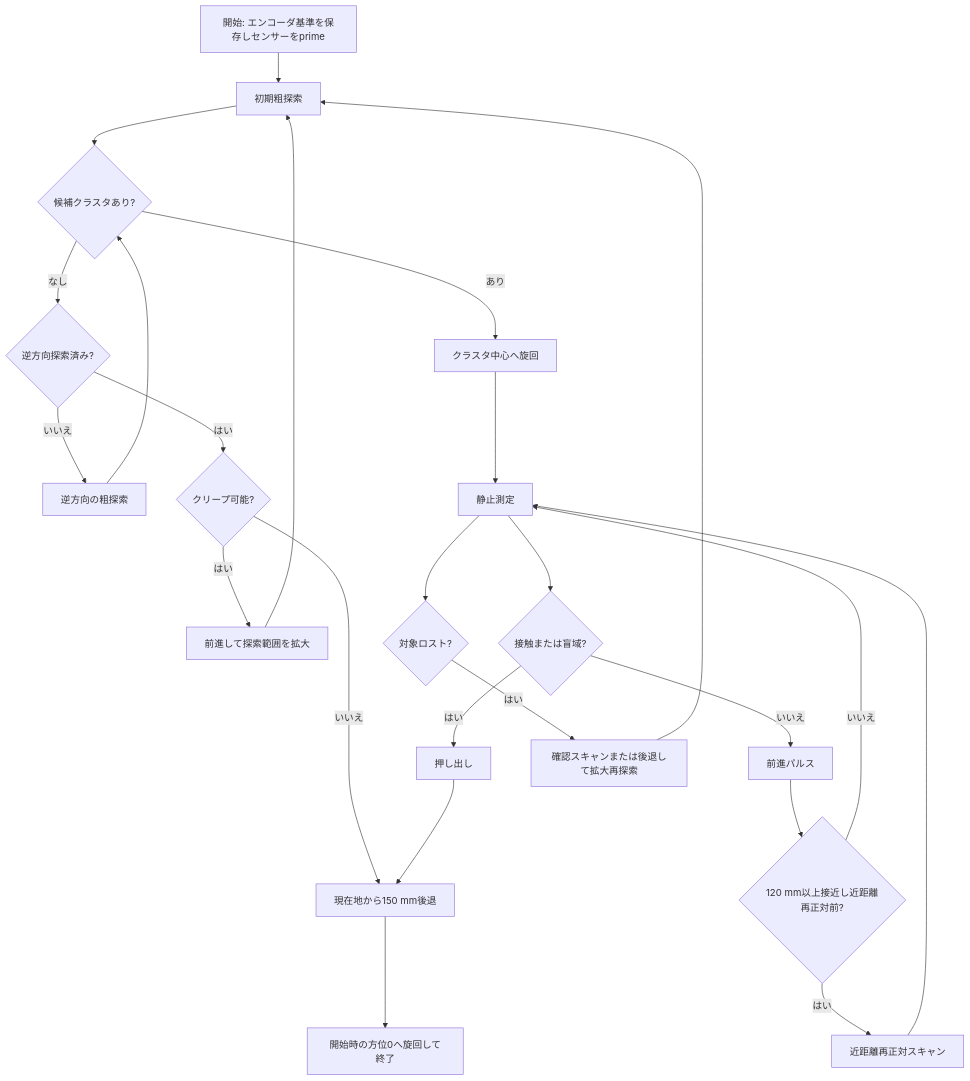
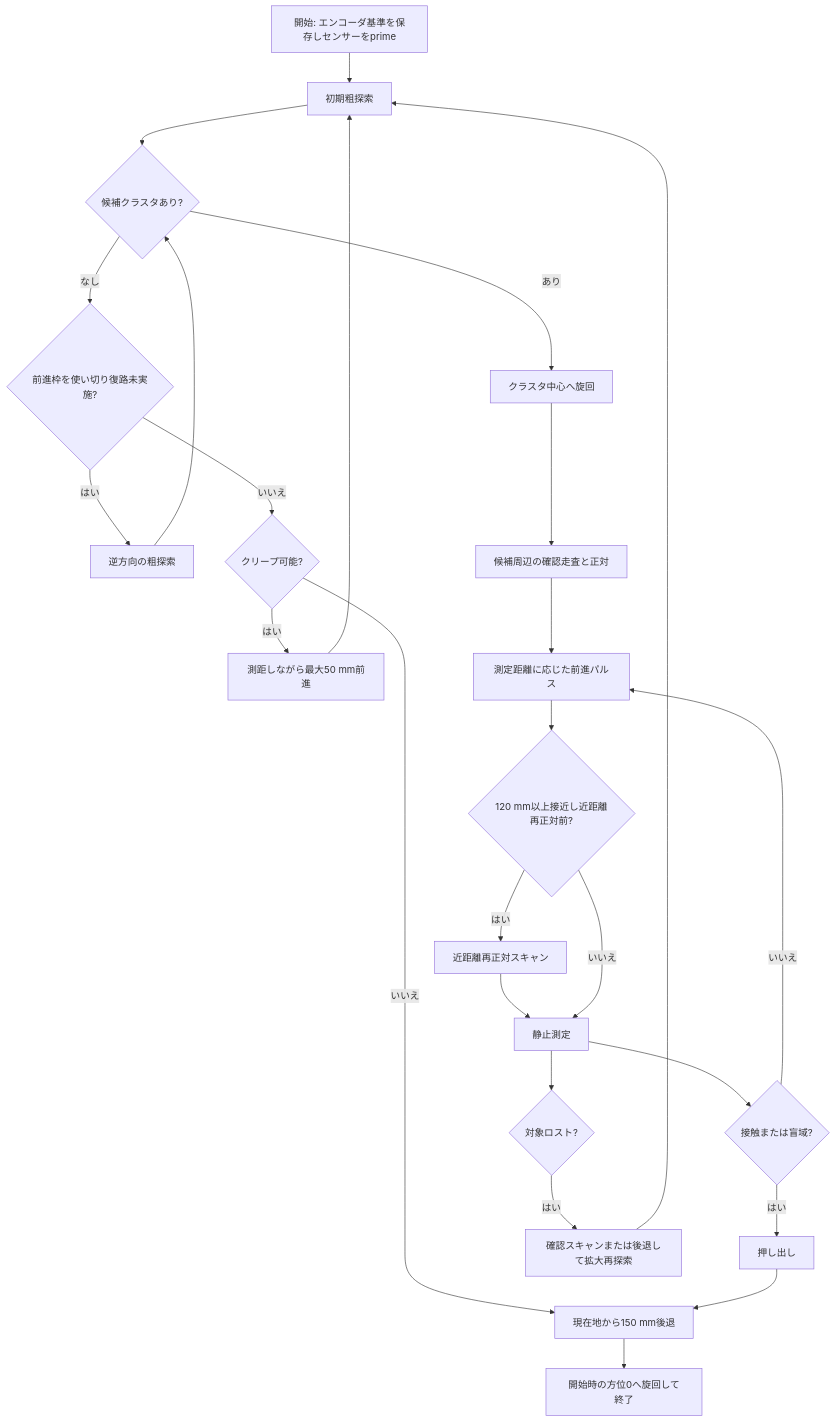
Before and after one commit to AnimatoAJS-RCT/EtRobocon2026: the first of 2 diagrams in docs/UltrasonicAlignTracer.md, drawn with Mermaid. The commit also changed other lines of this file and 4 other files, not shown here.

````diff
--- a/docs/UltrasonicAlignTracer.md
+++ b/docs/UltrasonicAlignTracer.md
@@ -38,28 +39,29 @@
 ```mermaid
 flowchart TD
     A[開始: エンコーダ基準を保存しセンサーをprime] --> B[初期粗探索]
     B --> C{候補クラスタあり?}
     C -- あり --> D[クラスタ中心へ旋回]
-    C -- なし --> E{逆方向探索済み?}
-    E -- いいえ --> F[逆方向の粗探索]
+    C -- なし --> E{前進枠を使い切り復路未実施?}
+    E -- はい --> F[逆方向の粗探索]
     F --> C
-    E -- はい --> G{クリープ可能?}
-    G -- はい --> H[前進して探索範囲を拡大]
+    E -- いいえ --> G{クリープ可能?}
+    G -- はい --> H[測距しながら最大50 mm前進]
     H --> B
     G -- いいえ --> Q[終了処理]
 
-    D --> I[静止測定]
-    I --> J{接触または盲域?}
+    D --> V[候補周辺の確認走査と正対]
+    V --> L[測定距離に応じた前進パルス]
+    I[静止測定] --> J{接触または盲域?}
     J -- はい --> K[押し出し]
-    J -- いいえ --> L[前進パルス]
+    J -- いいえ --> L
     L --> M{120 mm以上接近し近距離再正対前?}
     M -- はい --> N[近距離再正対スキャン]
     N --> I
     M -- いいえ --> I
 
     I --> O{対象ロスト?}
     O -- はい --> P[確認スキャンまたは後退して拡大再探索]
     P --> B
     K --> Q[現在地から150 mm後退]
     Q --> R[開始時の方位0へ旋回して終了]
 ```
````
